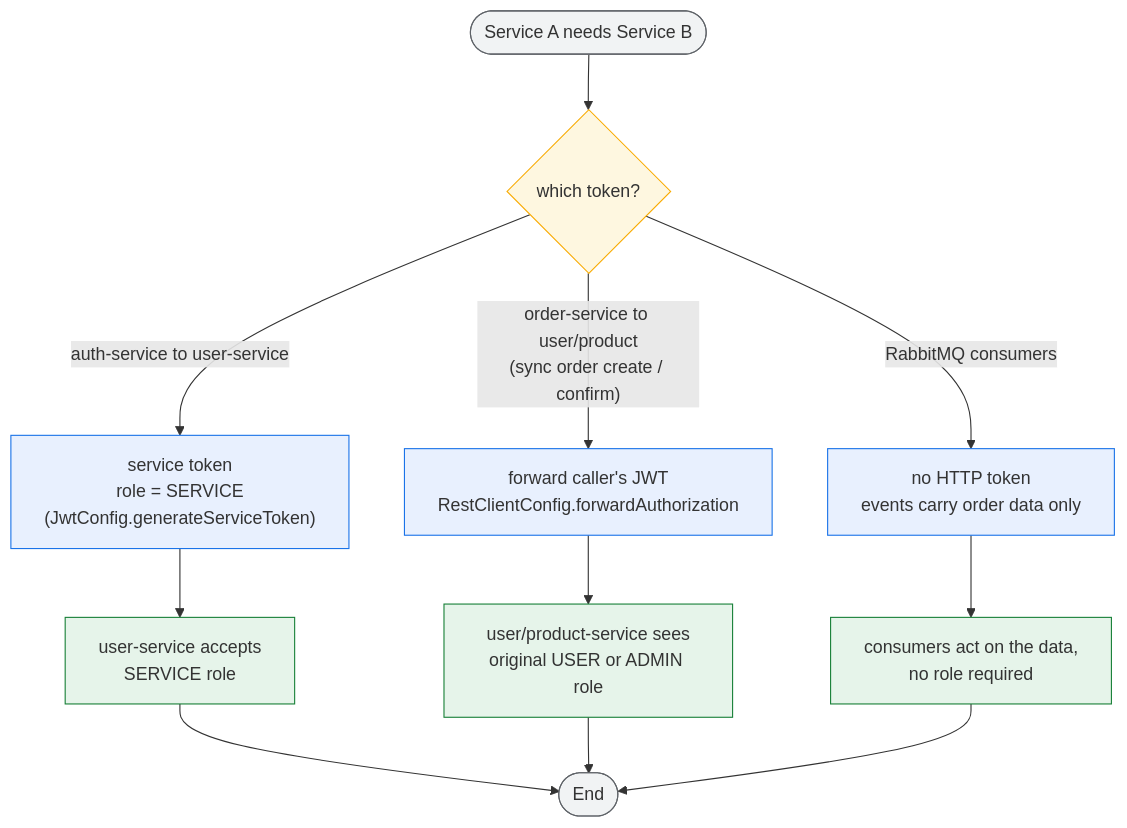
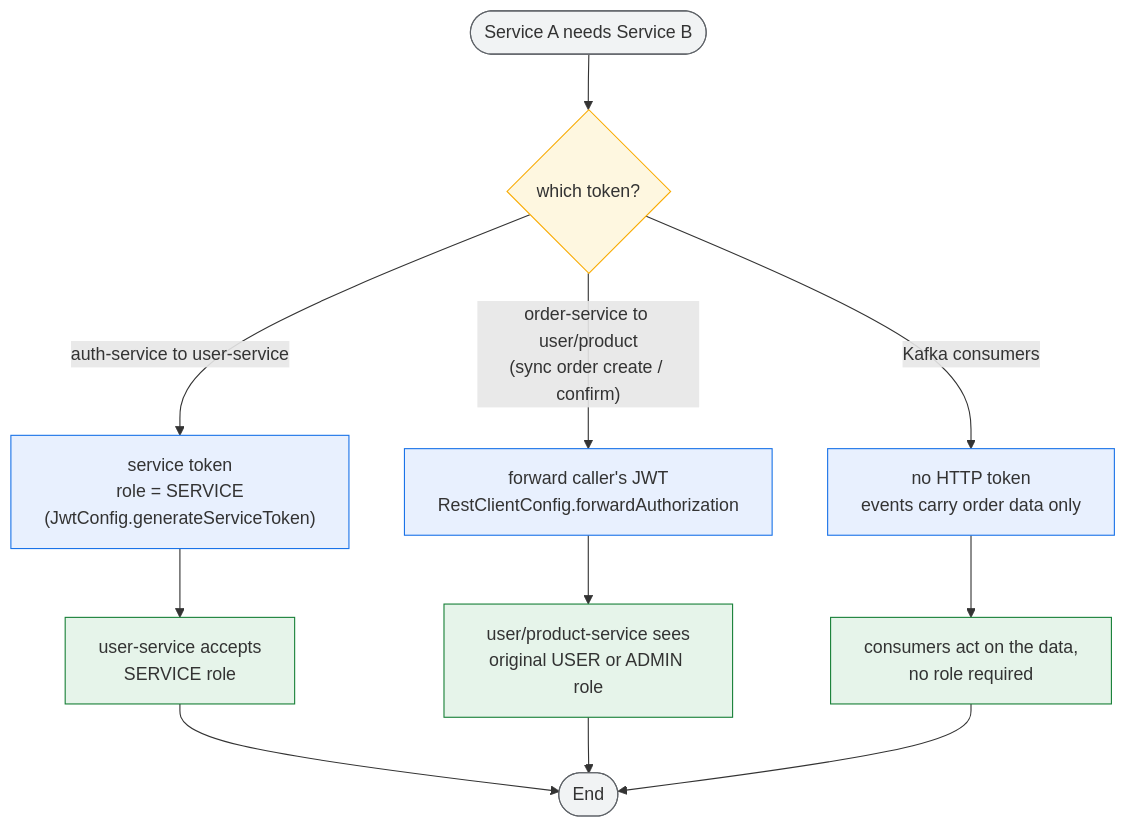
Before and after one commit to Habibul-Bashar-Mehedi/microservice-test: the fourth of 4 diagrams in service-authentication-flow.md, drawn with Mermaid. The commit also changed 18 other files, not shown here.

Commit message:
add kafka & remove rabbit

````diff
--- a/service-authentication-flow.md
+++ b/service-authentication-flow.md
@@ -108,22 +108,22 @@
 ```mermaid
 flowchart TD
     classDef act fill:#e8f0fe,stroke:#1a73e8,stroke-width:1px;
     classDef dec fill:#fef7e0,stroke:#f9ab00,stroke-width:1px;
     classDef ok fill:#e6f4ea,stroke:#188038,stroke-width:1px;
     classDef term fill:#f1f3f4,stroke:#5f6368,stroke-width:1px;
 
     Start(["Service A needs Service B"]):::term --> TOK{"which token?"}:::dec
 
     TOK -->|"auth-service to user-service"| STOKEN["service token<br/>role = SERVICE<br/>(JwtConfig.generateServiceToken)"]:::act
     STOKEN --> B1["user-service accepts<br/>SERVICE role"]:::ok
 
     TOK -->|"order-service to user/product<br/>(sync order create / confirm)"| FWD["forward caller's JWT<br/>RestClientConfig.forwardAuthorization"]:::act
     FWD --> B2["user/product-service sees<br/>original USER or ADMIN role"]:::ok
 
-    TOK -->|"RabbitMQ consumers"| RMQ["no HTTP token<br/>events carry order data only"]:::act
+    TOK -->|"Kafka consumers"| RMQ["no HTTP token<br/>events carry order data only"]:::act
     RMQ --> B3["consumers act on the data,<br/>no role required"]:::ok
 
     B1 --> Stop(["End"]):::term
     B2 --> Stop
     B3 --> Stop
 ```
````
